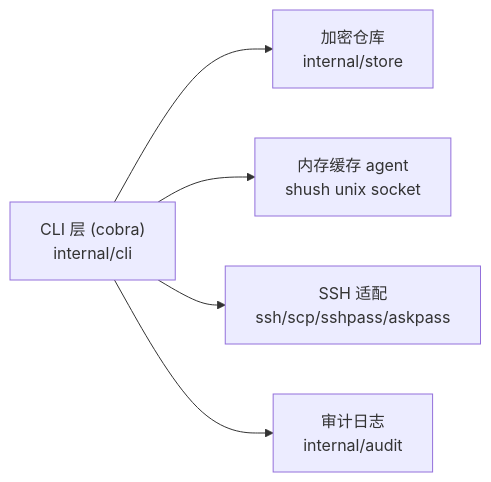
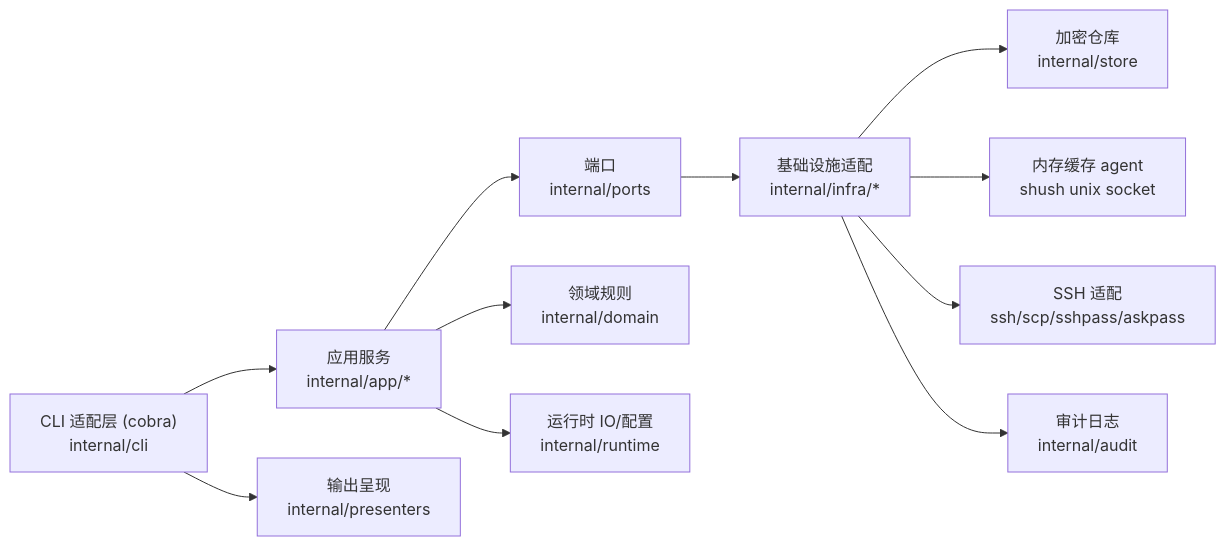
Before and after one commit to tiangong-dev/onessh: the first of 3 diagrams in docs/zh/reference/architecture.md, drawn with Mermaid. The commit also changed other lines of this file and 84 other files, not shown here.

First line of the commit message:
Refactor domain and runtime foundations (#25)

````diff
--- a/docs/zh/reference/architecture.md
+++ b/docs/zh/reference/architecture.md
@@ -17,7 +17,13 @@
 ```mermaid
 flowchart LR
-  CLI["CLI 层 (cobra)\ninternal/cli"] --> STORE["加密仓库\ninternal/store"]
-  CLI --> AGENT["内存缓存 agent\nshush unix socket"]
-  CLI --> SSH["SSH 适配\nssh/scp/sshpass/askpass"]
-  CLI --> AUDIT["审计日志\ninternal/audit"]
+  CLI["CLI 适配层 (cobra)\ninternal/cli"] --> APP["应用服务\ninternal/app/*"]
+  CLI --> PRESENTERS["输出呈现\ninternal/presenters"]
+  APP --> PORTS["端口\ninternal/ports"]
+  APP --> DOMAIN["领域规则\ninternal/domain"]
+  APP --> RUNTIME["运行时 IO/配置\ninternal/runtime"]
+  PORTS --> INFRA["基础设施适配\ninternal/infra/*"]
+  INFRA --> STORE["加密仓库\ninternal/store"]
+  INFRA --> AGENT["内存缓存 agent\nshush unix socket"]
+  INFRA --> SSH["SSH 适配\nssh/scp/sshpass/askpass"]
+  INFRA --> AUDIT["审计日志\ninternal/audit"]
 ```
````
